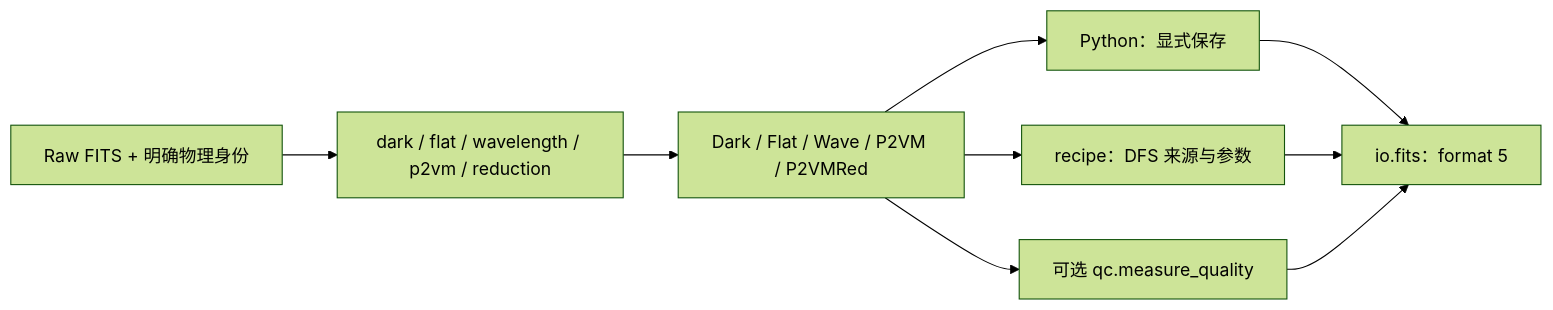
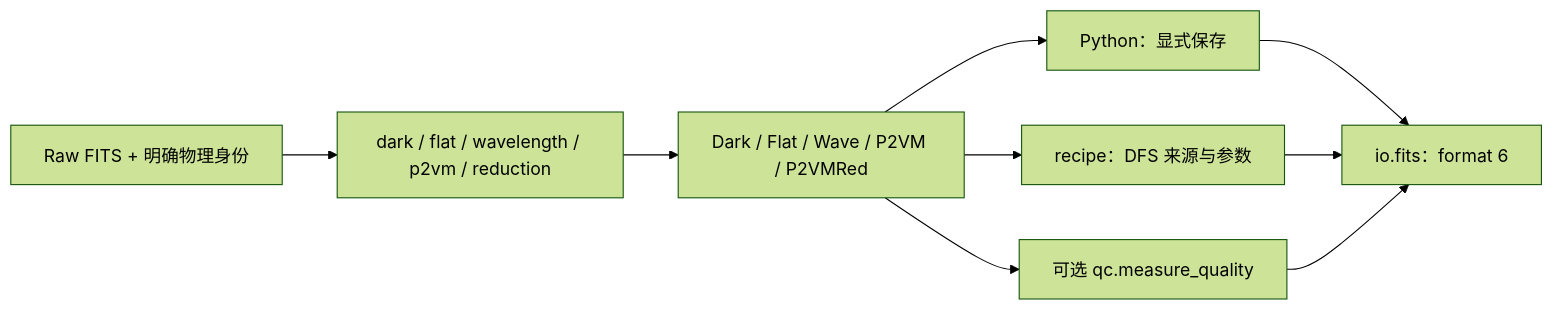
Before and after one commit to zexwu/planetes_pipe: the diagram in docs/SIMPLIFICATION.md, drawn with Mermaid (forest theme). The commit also changed other lines of this file and 32 other files, not shown here.

````diff
--- a/docs/SIMPLIFICATION.md
+++ b/docs/SIMPLIFICATION.md
@@ -40,11 +40,11 @@
 ```mermaid
 flowchart LR
     Raw["Raw FITS + 明确物理身份"] --> Steps["dark / flat / wavelength / p2vm / reduction"]
     Steps --> Data["Dark / Flat / Wave / P2VM / P2VMRed"]
     Data --> Python["Python：显式保存"]
     Data --> Recipe["recipe：DFS 来源与参数"]
-    Python --> FITS["io.fits：format 5"]
+    Python --> FITS["io.fits：format 6"]
     Recipe --> FITS
     Data --> QC["可选 qc.measure_quality"]
     QC --> FITS
 ```
````
